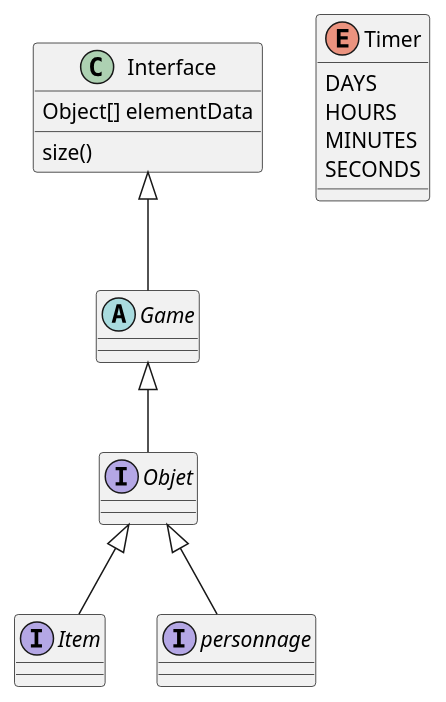
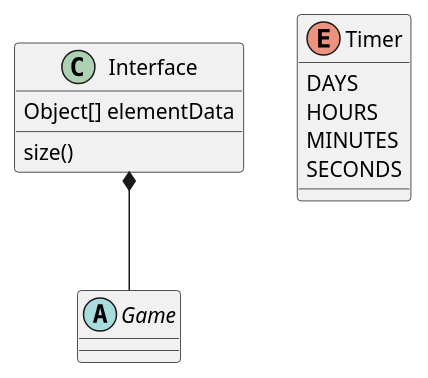
Before and after one commit to BlooDReDBulls/SNOOPY: the diagram in Version_1/src/snoopy.puml, drawn with PlantUML.

Commit message:
file uml

```diff
--- a/Version_1/src/snoopy.puml
+++ b/Version_1/src/snoopy.puml
@@ -1,27 +1,21 @@
 @startuml
 'https://plantuml.com/class-diagram
 
 abstract class Interface
 abstract Game
-interface Objet
-interface Item
-interface personnage
 
-Interface <|-- Game
-Game <|-- Objet
-Objet <|-- Item
-Objet <|-- personnage
+Interface *-- Game
 
 class Interface {
 Object[] elementData
 size()
 }
 
 enum Timer {
 DAYS
 HOURS
 MINUTES
 SECONDS
 }
 
 @enduml
```
